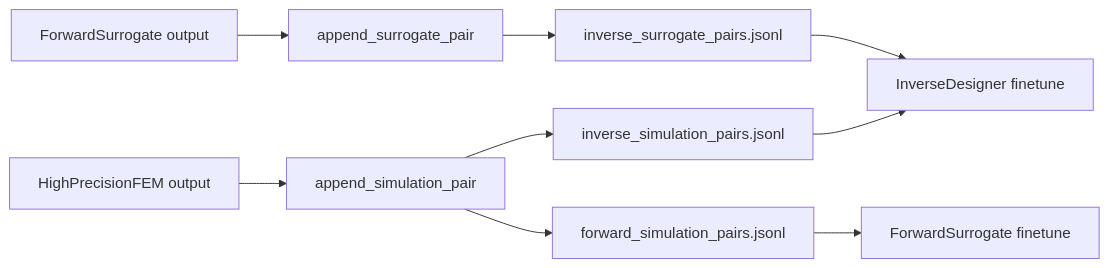
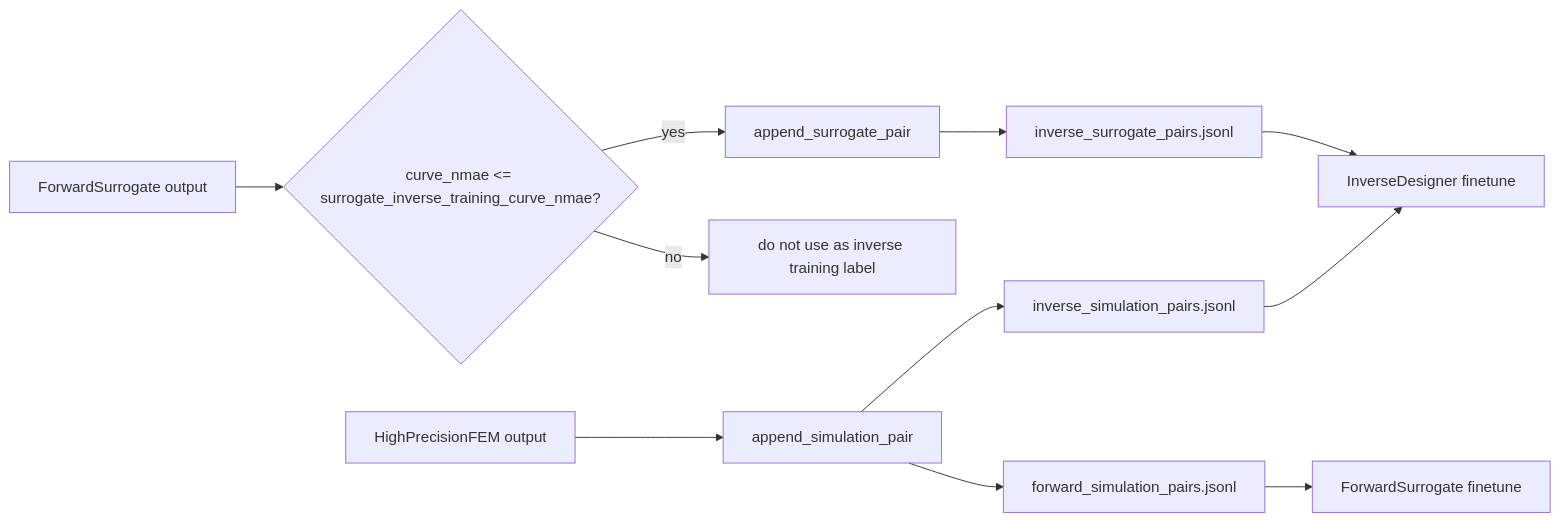
The fourth of 6 diagrams in docs/context.md (Loveof1ife7/agent-inverse-designer), drawn with Mermaid before and after one commit. The commit also changed other lines of this file and 12 other files, not shown here.

````diff
--- a/docs/context.md
+++ b/docs/context.md
@@ -129,12 +157,14 @@
 ```mermaid
 flowchart LR
-    A[ForwardSurrogate output] --> B[append_surrogate_pair]
+    A[ForwardSurrogate output] --> Z{curve_nmae <= surrogate_inverse_training_curve_nmae?}
+    Z -- yes --> B[append_surrogate_pair]
+    Z -- no --> Y[do not use as inverse training label]
     B --> C[inverse_surrogate_pairs.jsonl]
     C --> D[InverseDesigner finetune]
 
     E[HighPrecisionFEM output] --> F[append_simulation_pair]
     F --> G[inverse_simulation_pairs.jsonl]
     F --> H[forward_simulation_pairs.jsonl]
     G --> D
     H --> I[ForwardSurrogate finetune]
 ```
````
